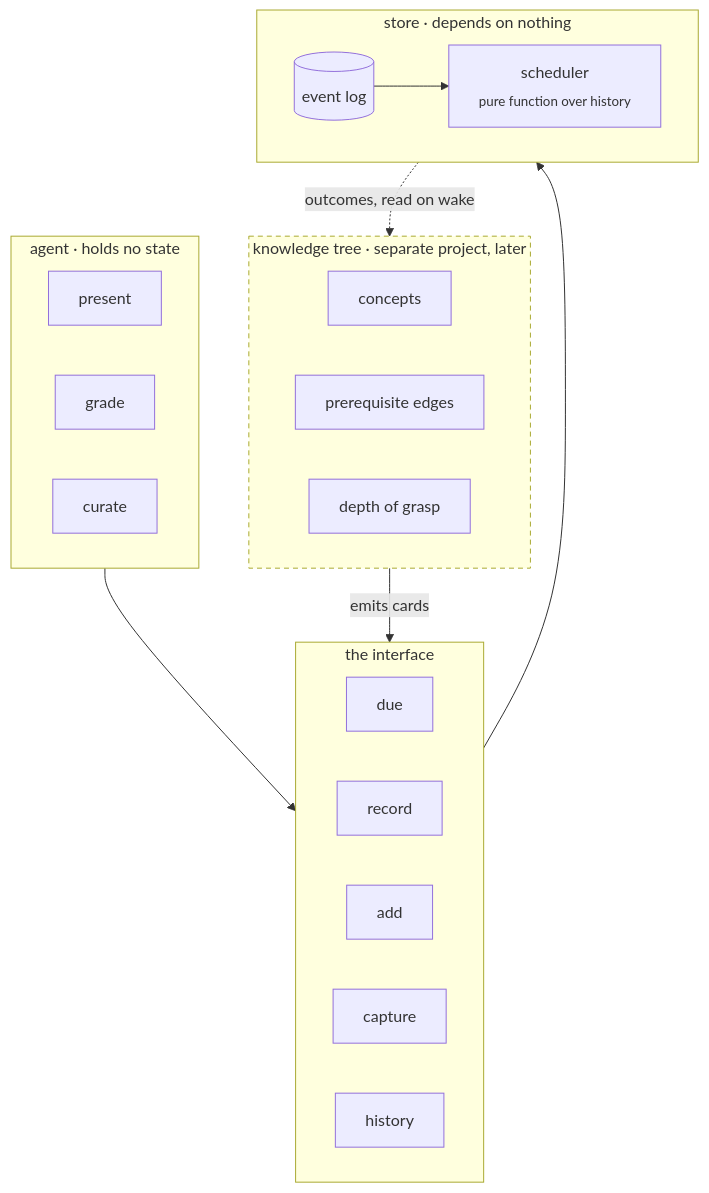
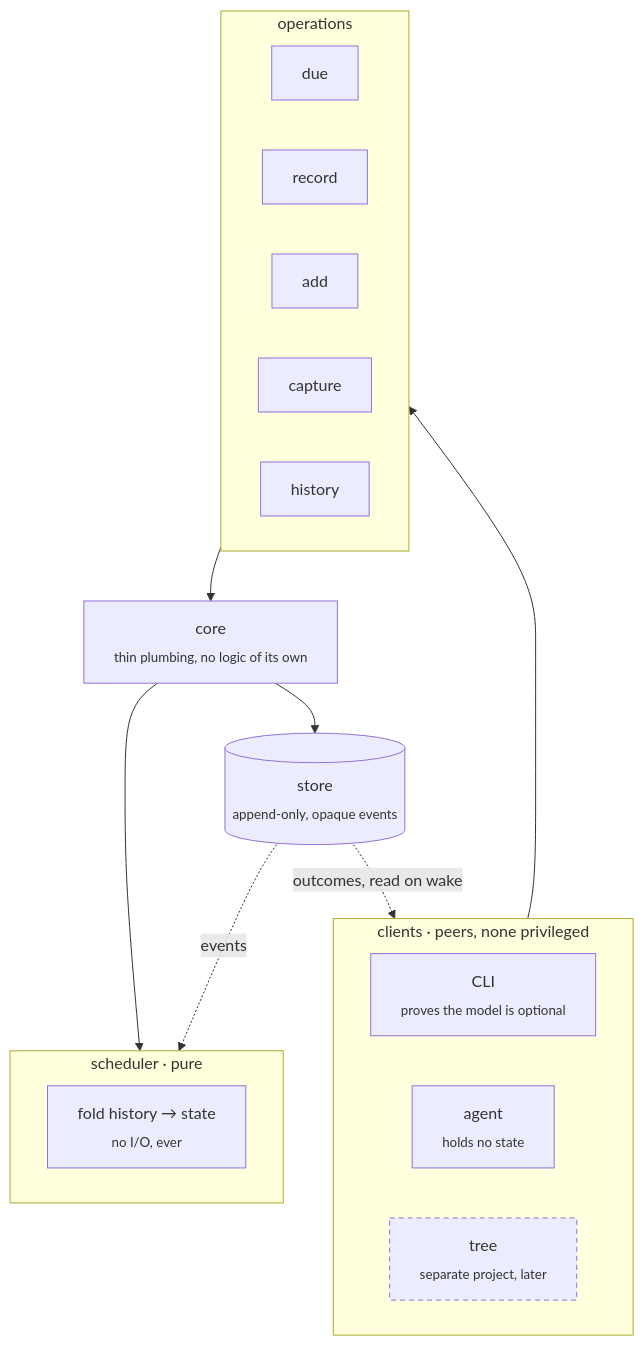
The second of 3 diagrams in README.md (Galz648/Retention), drawn with Mermaid before and after one commit. The commit also changed other lines of this file and 1 other file, not shown here.

Commit message:
Refine README and SPEC documentation to clarify system components and their interactions. Update descriptions for store, scheduler, core, CLI, and agent, emphasizing their independence and roles within the architecture.

````diff
--- a/README.md
+++ b/README.md
@@ -84,39 +86,34 @@
 ```mermaid
 flowchart TB
-    subgraph AGENT ["agent · holds no state"]
+    subgraph CLIENTS ["clients · peers, none privileged"]
         direction LR
-        A1["present"]
-        A2["grade"]
-        A3["curate"]
+        C1["CLI<br/><sub>proves the model is optional</sub>"]
+        C2["agent<br/><sub>holds no state</sub>"]
+        C3["tree<br/><sub>separate project, later</sub>"]
     end
 
-    subgraph TREE ["knowledge tree · separate project, later"]
-        direction LR
-        T1["concepts"]
-        T2["prerequisite edges"]
-        T3["depth of grasp"]
-    end
-
-    subgraph IFACE ["the interface"]
+    subgraph OPS ["operations"]
         direction LR
         V1["due"]
         V2["record"]
         V3["add"]
         V4["capture"]
         V5["history"]
     end
 
-    subgraph STORE ["store · depends on nothing"]
-        direction LR
-        S1[("event log")]
-        S2["scheduler<br/><sub>pure function over history</sub>"]
-        S1 --> S2
+    CORE["core<br/><sub>thin plumbing, no logic of its own</sub>"]
+
+    subgraph PURE ["scheduler · pure"]
+        S2["fold history → state<br/><sub>no I/O, ever</sub>"]
     end
 
-    AGENT --> IFACE
-    TREE -->|"emits cards"| IFACE
-    IFACE --> STORE
-    STORE -.->|"outcomes, read on wake"| TREE
+    STORE[("store<br/><sub>append-only, opaque events</sub>")]
 
-    style TREE stroke-dasharray: 5 4
+    CLIENTS --> OPS --> CORE
+    CORE --> PURE
+    CORE --> STORE
+    STORE -.->|"events"| PURE
+    STORE -.->|"outcomes, read on wake"| C3
+
+    style C3 stroke-dasharray: 5 4
 ```
````
